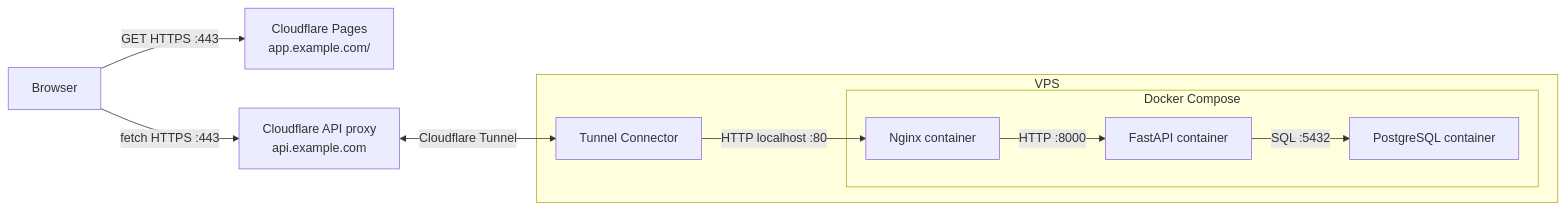
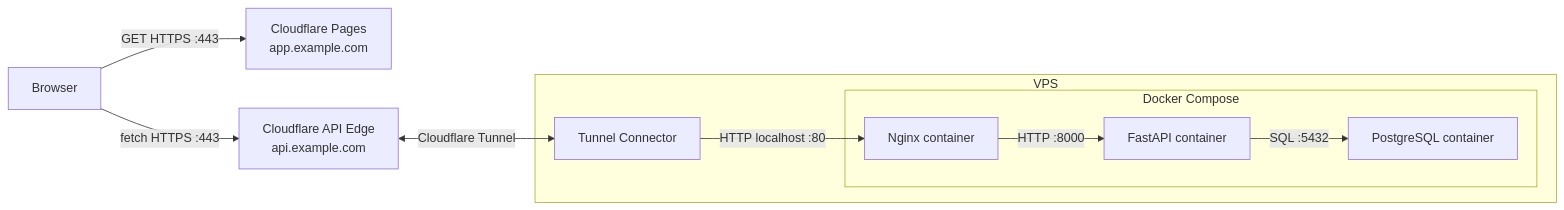
One commit to Kaichao-Zheng/Heard-Back-Yet changed the diagram in docs/cloud_deployment.md. Above: the diagram before and after it, drawn with Mermaid. The commit also changed other lines of this file, not shown here.

````diff
--- a/docs/cloud_deployment.md
+++ b/docs/cloud_deployment.md
@@ -8,21 +8,21 @@
 ```mermaid
 flowchart LR
-    browser["Browser"] -->|"GET HTTPS :443"| pages["Cloudflare Pages<br/>app.example.com/"]
-    browser -->|"fetch HTTPS :443"| edge["Cloudflare API proxy<br/>api.example.com"]
+    browser["Browser"] -->|"GET HTTPS :443"| pages["Cloudflare Pages<br/>app.example.com"]
+    browser -->|"fetch HTTPS :443"| edge["Cloudflare API Edge<br/>api.example.com"]
 
     subgraph vps["VPS"]
         tunnel["Tunnel Connector"]
 
         subgraph compose["Docker Compose"]
             nginx["Nginx container"]
             api["FastAPI container"]
             postgres["PostgreSQL container"]
 
             nginx -->|"HTTP :8000"| api
             api -->|"SQL :5432"| postgres
         end
     end
 
     edge <-->|"Cloudflare Tunnel"| tunnel
     tunnel -->|"HTTP localhost :80"| nginx
 ```
````
